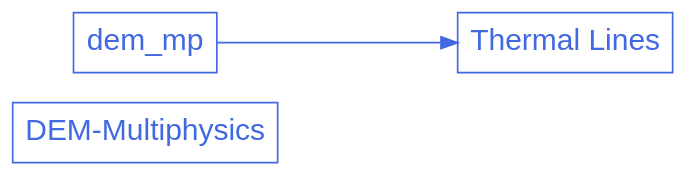
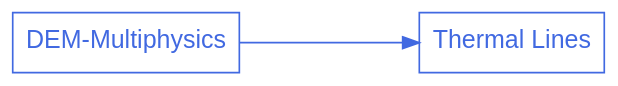
One commit to chaos-polymtl/lethe changed the diagram in doc/source/examples/dem-mp/dem-mp.rst. Above: the diagram before and after it, drawn with Graphviz.

```diff
--- a/doc/source/examples/dem-mp/dem-mp.rst
+++ b/doc/source/examples/dem-mp/dem-mp.rst
@@ -14,16 +14,16 @@
 .. graphviz:: 
 
-    digraph dem_diagram {
+    digraph dem_mp_diagram {
       graph [bgcolor="transparent", align=true, ranksep=1.5];
-      node [fontname=Arial, fontsize=18, shape=box, fontcolor=royalblue, color=royalblue];
+      node [fontname=Arial, fontsize=15, shape=box, fontcolor=royalblue, color=royalblue];
       edge [color=royalblue];
       rankdir="LR";
       size = "9,9";
       
-      dem [label="DEM-Multiphysics", href="https://chaos-polymtl.github.io/lethe/documentation/examples/dem_mp/dem_mp.html"];
+      dem_mp [label="DEM-Multiphysics", href="https://chaos-polymtl.github.io/lethe/documentation/examples/dem_mp/dem_mp.html"];
 
       dem_mp_1 [label="Thermal Lines", href="https://chaos-polymtl.github.io/lethe/documentation/examples/dem_mp/thermal-lines/thermal-lines.html"];
 
       dem_mp -> dem_mp_1:w;
    
     }
```
